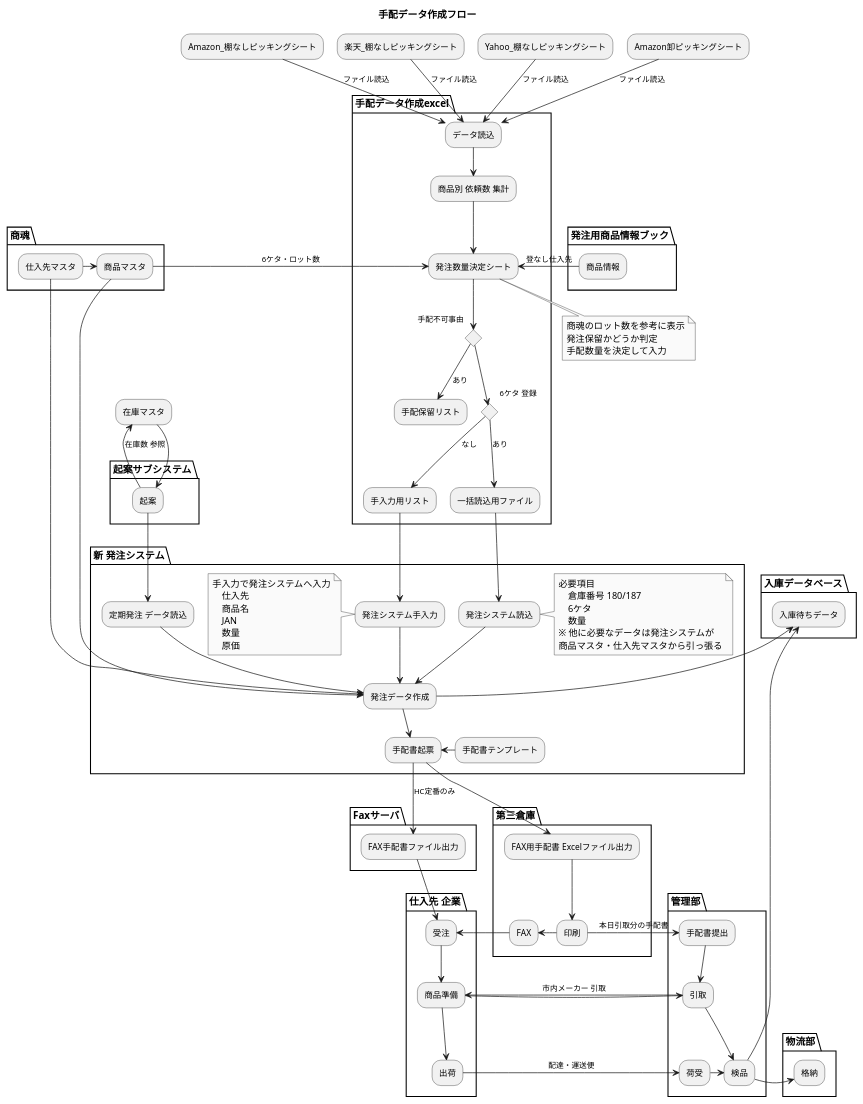
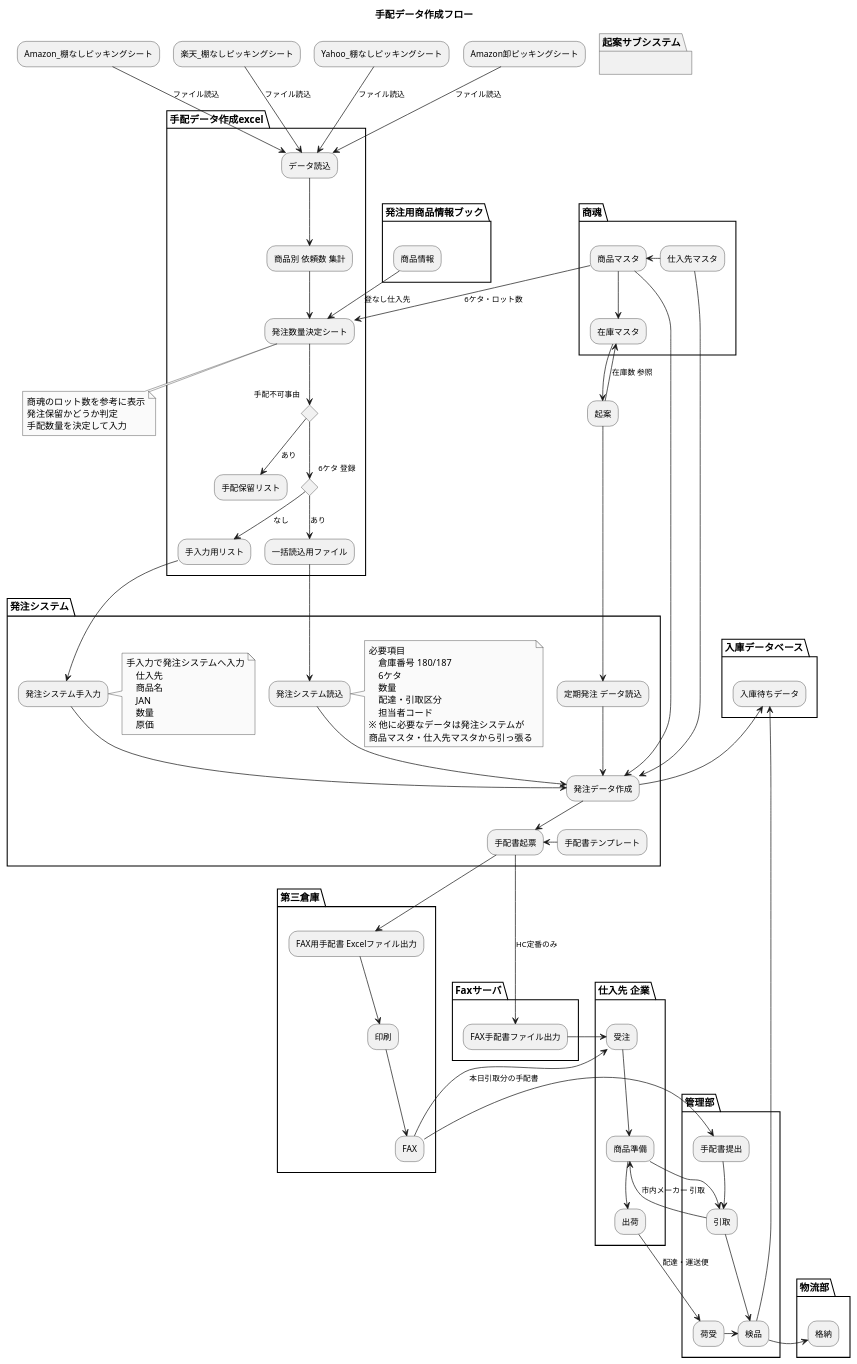
Before and after one commit to amunenaga/ec-backyard-macro: the diagram in build_purchase_data.puml, drawn with PlantUML. The commit also changed 1 other file, not shown here.

```diff
--- a/build_purchase_data.puml
+++ b/build_purchase_data.puml
@@ -1,137 +1,134 @@
 @startuml 手配データ作成フロー
 
 title 手配データ作成フロー
 skinparam monochrome true
 
 partition 手配データ作成excel {
     "データ読込" --> "商品別 依頼数 集計"
 
     "商品別 依頼数 集計" --> "発注数量決定シート"
 
     if "手配不可事由"
             --> [あり]"手配保留リスト"
     else
             if "6ケタ 登録"
                 --> [あり] "一括読込用ファイル"
             else
                 --> [なし] "手入力用リスト"
         end if 
     end if
     
 }
 
 "Amazon_棚なしピッキングシート" --> [ファイル読込]"データ読込"
 "楽天_棚なしピッキングシート" --> [ファイル読込]"データ読込"
 "Yahoo_棚なしピッキングシート" --> [ファイル読込]"データ読込"
 "Amazon卸ピッキングシート"--> [ファイル読込]"データ読込"
 
-Partition "新 発注システム" {
+Partition "発注システム" {
 
     "一括読込用ファイル" -down-> "発注システム読込"
     note right
         必要項目
             倉庫番号 180/187
             6ケタ
             数量
+            配達・引取区分
+            担当者コード
         ※ 他に必要なデータは発注システムが
         商品マスタ・仕入先マスタから引っ張る
     end note
 
     "発注システム読込" -down-> "発注データ作成"
         
     "手入力用リスト" --> "発注システム手入力"
     note left
             手入力で発注システムへ入力
                 仕入先
                 商品名
                 JAN
                 数量
                 原価
     end note
 
 
     "発注システム手入力" --> "発注データ作成"
 
     "定期発注 データ読込" --> "発注データ作成"
 
     "発注データ作成" --> "手配書起票"
     "手配書テンプレート" -left-> "手配書起票"
 
 }
 
-Partition "起案サブシステム" {
-    "起案" --> "定期発注 データ読込"
+partition 商魂 {
+
+    "商品マスタ" --> "発注データ作成"
+    "仕入先マスタ" --> "発注データ作成"
+    商品マスタ --> 在庫マスタ
 }
 
 "起案" -up-> [在庫数 参照] "在庫マスタ"
 "在庫マスタ" --> "起案"
 
-partition 商魂 {
-
-    "商品マスタ" --> "発注データ作成"
-    "仕入先マスタ" --> "発注データ作成"
-
+Partition "起案サブシステム" {
+    "起案" --> "定期発注 データ読込"
 }
 
-"仕入先マスタ" -right-> "商品マスタ"
--right-> [6ケタ・ロット数]"発注数量決定シート"
+"仕入先マスタ" -left-> "商品マスタ"
+--> [6ケタ・ロット数]"発注数量決定シート"
 
 note bottom
      商魂のロット数を参考に表示
      発注保留かどうか判定
      手配数量を決定して入力
 end note
 
 partition 発注用商品情報ブック {
     
-    "商品情報" -left-> [登なし仕入先]"発注数量決定シート" 
-
+    "商品情報" -down-> [登なし仕入先]"発注数量決定シート" 
 }
 
 Partition "入庫データベース" {
     発注データ作成 -up-> 入庫待ちデータ
 }
 
 Partition "Faxサーバ" {
 
     "手配書起票" --> [HC定番のみ]"FAX手配書ファイル出力"
 }
 
 Partition "仕入先 企業" {
 
-    "FAX手配書ファイル出力" -->  "受注"
+    "FAX手配書ファイル出力" -right->  "受注"
     '"手配書起票" --> [EDIでデータ発注]"受注"'
     --> 商品準備
     --> 出荷
 }
 
 Partition "第三倉庫" {
     手配書起票 --> FAX用手配書 Excelファイル出力
     --> 印刷
-    -left-> FAX
-    --> 受注
+    --> FAX
+    -left-> 受注
 }
 
-
-
-
 Partition "管理部" {
-    印刷 -left-> [本日引取分の手配書]手配書提出
+    FAX -right-> [本日引取分の手配書]手配書提出
     --> 引取
     --> [市内メーカー 引取]商品準備
     --> 引取
     引取 --> 検品
     出荷 --> [配達・運送便]荷受
 }
-
 
 -> 検品
 検品 -up-> 入庫待ちデータ
 
 Partition "物流部" {
 
     検品 -> 格納
 
 }
 
 @enduml
```
